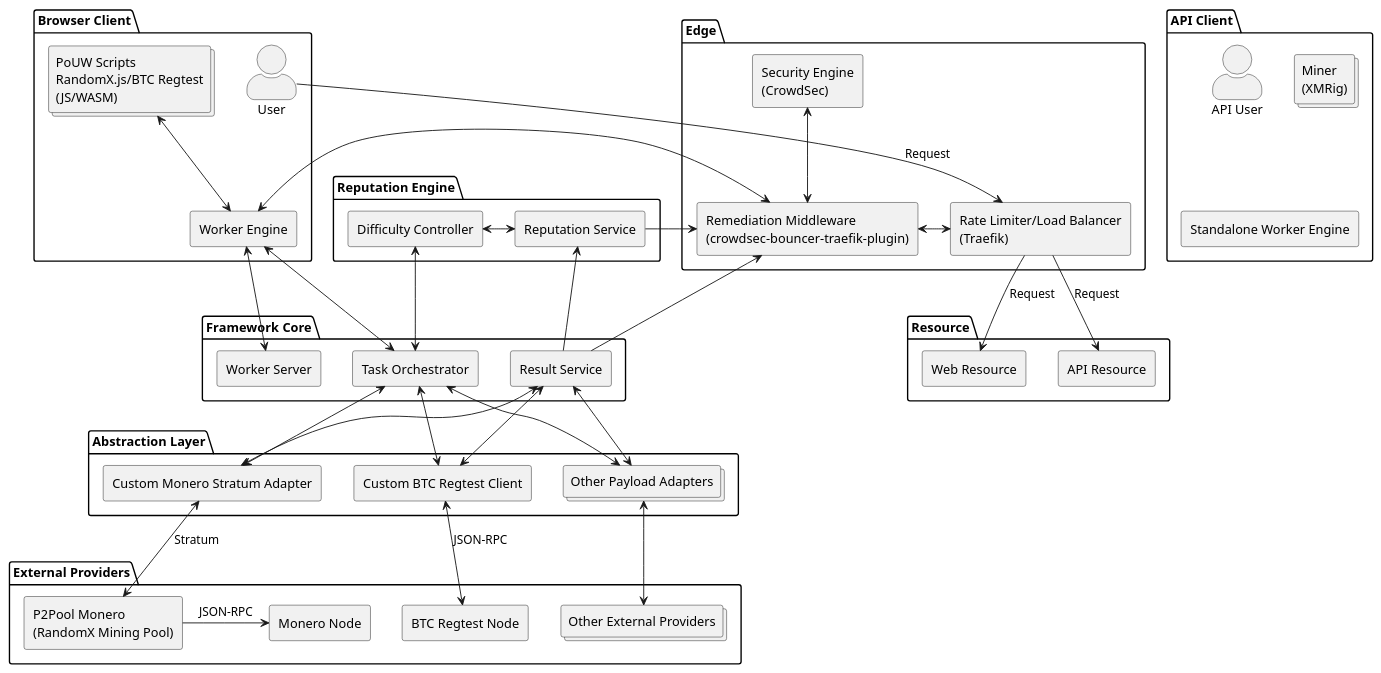
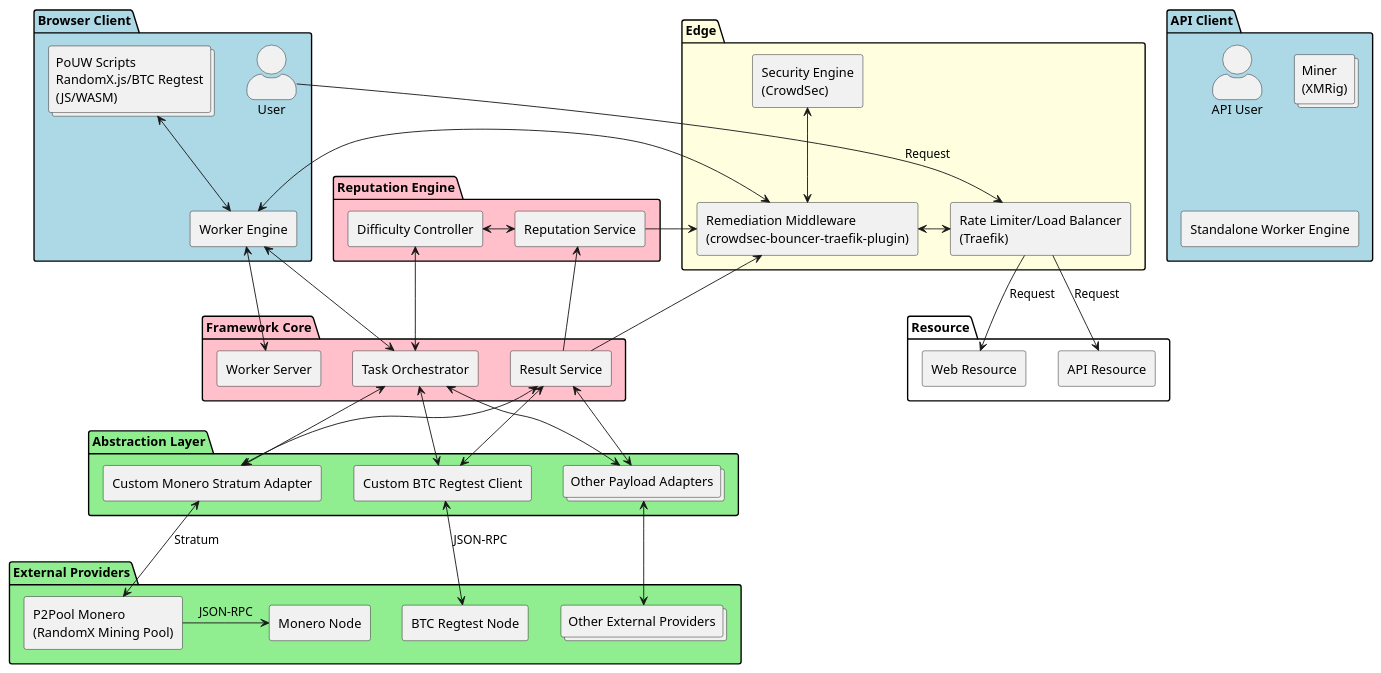
One commit to bors2908/pouwer changed the diagram in docs/charts/arch.puml. Above: the diagram before and after it, drawn with PlantUML. The commit also changed 2 other files, not shown here.

Commit message:
Arch chart improvements

```diff
--- a/docs/charts/arch.puml
+++ b/docs/charts/arch.puml
@@ -1,90 +1,90 @@
 @startuml
 skinparam actorStyle awesome
 skinparam componentStyle rectangle
 skinparam shadowing false
 
 top to bottom direction
 
-package "Browser Client" as Browser {
+package "Browser Client" as Browser #lightblue {
   actor User
   collections "PoUW Scripts\nRandomX.js/BTC Regtest\n(JS/WASM)" as Miner
   component "Worker Engine" as Worker
 }
 
-package "API Client" as APIClient {
+package "API Client" as APIClient #lightblue {
   actor "API User" as APIUser
   collections "Miner\n(XMRig)" as StandaloneMiner
   component "Standalone Worker Engine" as StandaloneWorker
 }
 
 package "Resource" {
     component "API Resource" as APIResource
     component "Web Resource" as WebResource
 }
 
-package "Edge" {
+package "Edge" #lightyellow {
     component "Rate Limiter/Load Balancer\n(Traefik)" as RateLimiter
     component "Security Engine\n(CrowdSec)" as SecurityEngine
     component "Remediation Middleware\n(crowdsec-bouncer-traefik-plugin)" as Middleware
 }
 
-package "Reputation Engine" {
+package "Reputation Engine" #pink {
     component "Reputation Service" as ReputationService
     component "Difficulty Controller" as DifficultyController
 }
 
-package "Framework Core" {
+package "Framework Core" #pink {
   component "Worker Server" as WorkerServer
   component "Task Orchestrator" as Orchestrator
   component "Result Service" as ResultService
 }
 
-package "Abstraction Layer" {
+package "Abstraction Layer" #lightgreen {
   component "Custom Monero Stratum Adapter" as MoneroAdapter
   component "Custom BTC Regtest Client" as BTCRegtestClient
   collections "Other Payload Adapters" as OtherPayload
 }
 
-package "External Providers" {
+package "External Providers" #lightgreen {
   component "P2Pool Monero\n(RandomX Mining Pool)" as P2Pool
   component "Monero Node" as XMRNode
   component "BTC Regtest Node" as BTCRegtest
   collections "Other External Providers" as OtherProviders
 }
 
 DifficultyController <-down-> Orchestrator
 DifficultyController <-right-> ReputationService
 ReputationService -right-> Middleware
 ResultService -up-> ReputationService
 
 User -down-> RateLimiter: Request
 RateLimiter -down-> WebResource: Request
 RateLimiter -down-> APIResource: Request
 
 Miner <-down-> Worker
 
 WorkerServer <-up-> Worker
 Worker <-down-> Orchestrator
 
 ResultService -up-> Middleware
 
 Middleware <-up-> SecurityEngine
 RateLimiter <-> Middleware
 
 Middleware <-> Worker
 
 ResultService <-down-> MoneroAdapter
 Orchestrator <-down-> MoneroAdapter
 
 ResultService <-down-> BTCRegtestClient
 Orchestrator <-down-> BTCRegtestClient
 
 ResultService <-down-> OtherPayload
 Orchestrator <-down-> OtherPayload
 
 MoneroAdapter <-down-> P2Pool: Stratum
 BTCRegtestClient <-down-> BTCRegtest: JSON-RPC
 OtherPayload <-down-> OtherProviders
 
 P2Pool -right-> XMRNode: JSON-RPC
 @enduml
```
